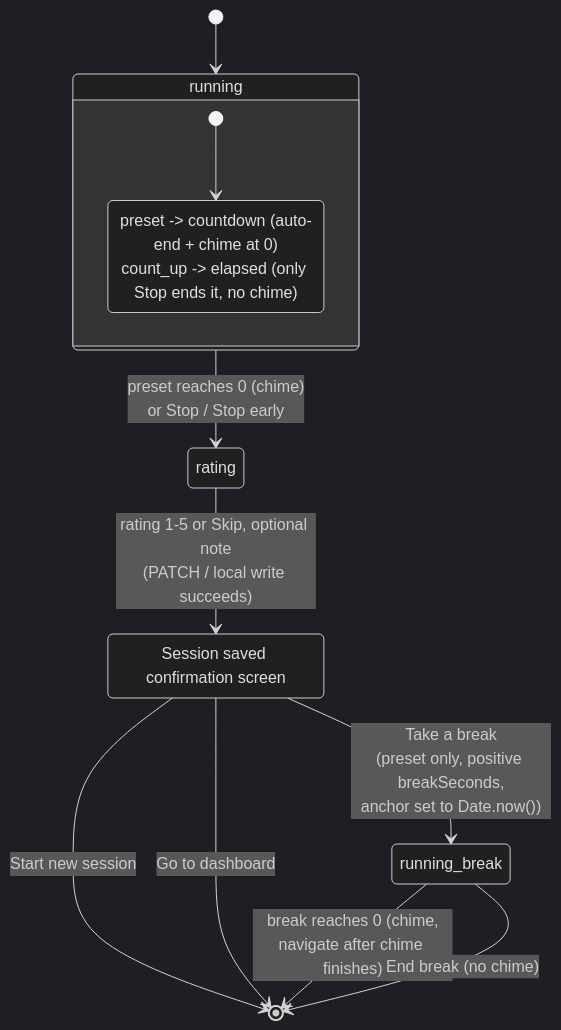
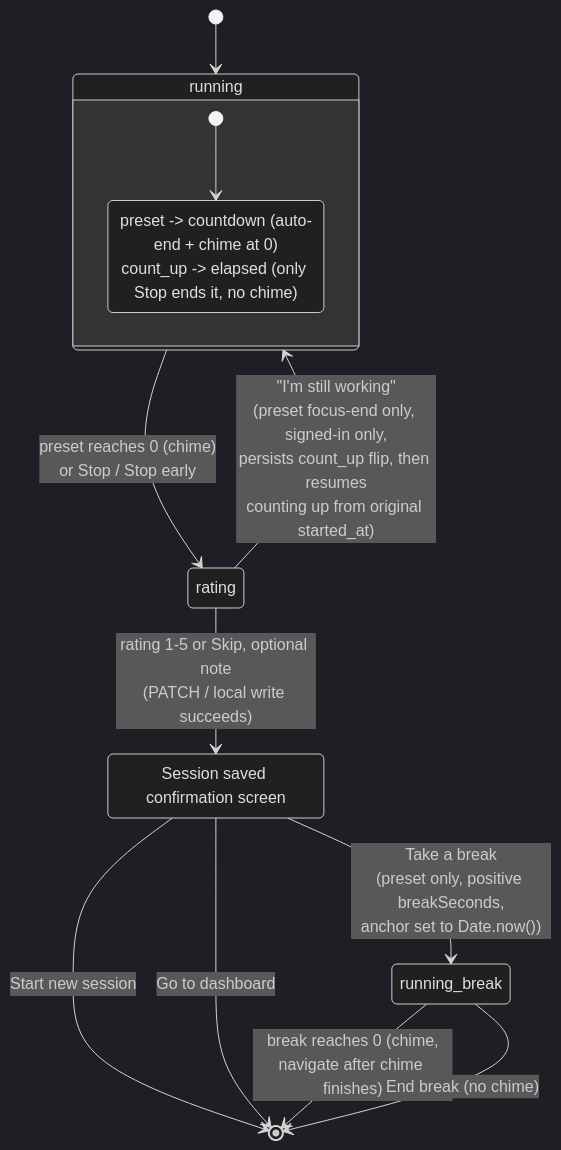
One commit to plpabla/pomosapiens changed the tenth of 11 diagrams in context/foundation/arch.md. Above: the diagram before and after it, drawn with Mermaid (dark theme). The commit also changed other lines of this file and 2 other files, not shown here.

````diff
--- a/context/foundation/arch.md
+++ b/context/foundation/arch.md
@@ -457,21 +499,22 @@
 ```mermaid
 stateDiagram-v2
     [*] --> running
 
     state running {
         [*] --> focus_or_countup
         focus_or_countup: preset -> countdown (auto-end + chime at 0)<br/>count_up -> elapsed (only Stop ends it, no chime)
     }
 
     running --> rating : preset reaches 0 (chime)<br/>or Stop / Stop early
+    rating --> running : "I'm still working"<br/>(preset focus-end only, signed-in only,<br/>persists count_up flip, then resumes<br/>counting up from original started_at)
     rating --> saved : rating 1-5 or Skip, optional note<br/>(PATCH / local write succeeds)
 
     saved : Session saved confirmation screen
 
     saved --> [*] : Start new session
     saved --> [*] : Go to dashboard
     saved --> running_break : Take a break<br/>(preset only, positive breakSeconds,<br/>anchor set to Date.now())
 
     running_break --> [*] : break reaches 0 (chime,<br/>navigate after chime finishes)
     running_break --> [*] : End break (no chime)
 ```
````
